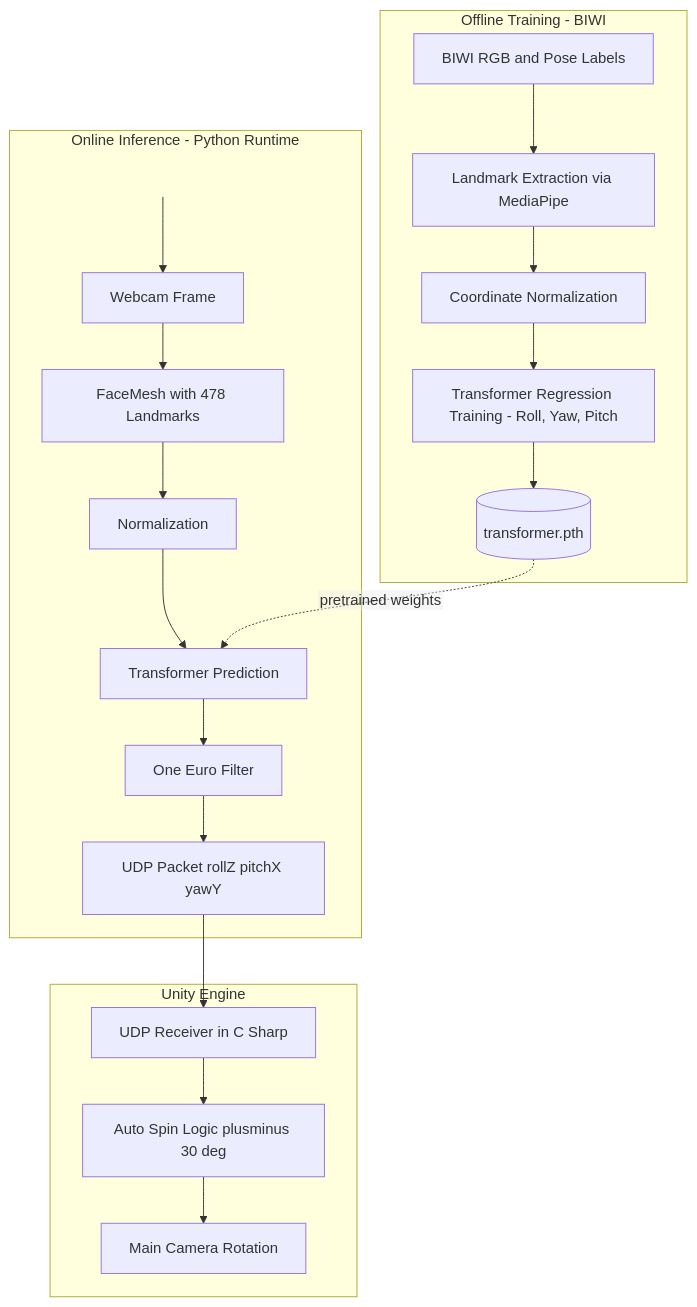
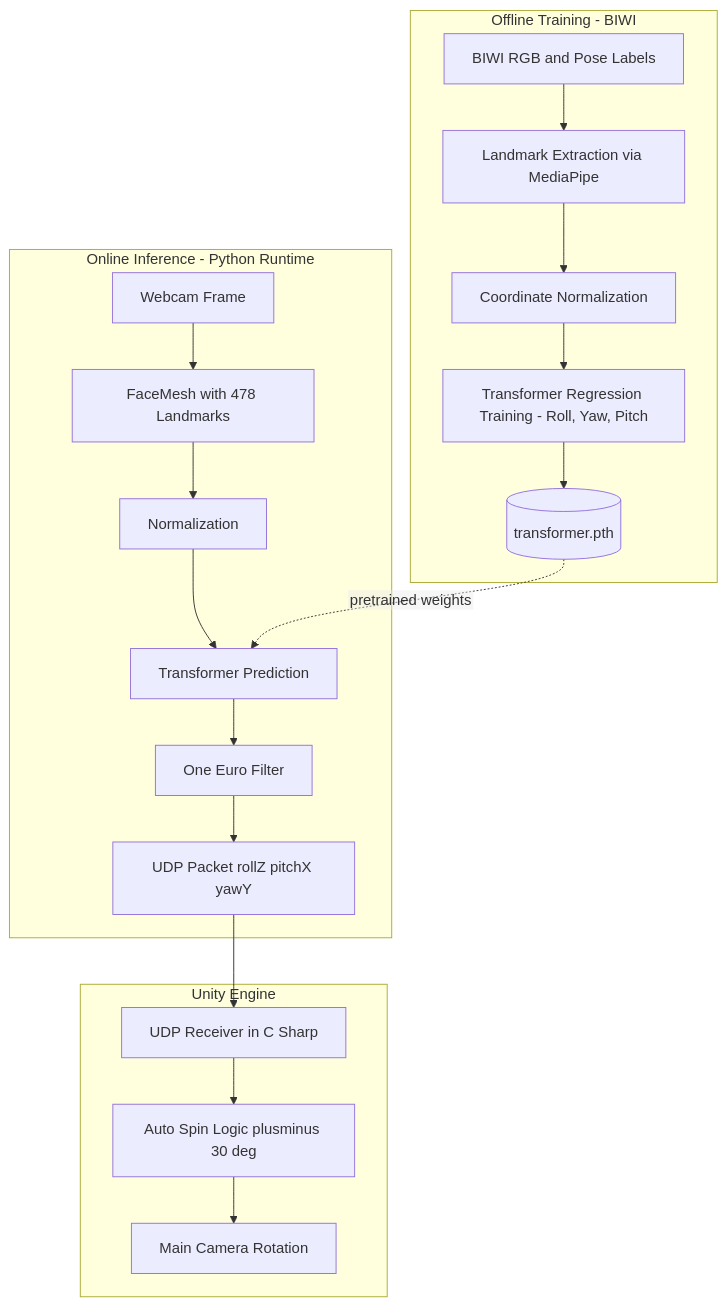
Before and after one commit to seonghwan97/Face-Tracking-Semi-Immersive-VR: the second of 3 diagrams in README.md, drawn with Mermaid. The commit also changed other lines of this file, not shown here.

````diff
--- a/README.md
+++ b/README.md
@@ -177,31 +177,31 @@
 ```mermaid
-%%{init: {'flowchart': {'htmlLabels': false, 'useMaxWidth': false}, 'themeVariables': {'scale': 0.5}}}%%
+%%{init: {'flowchart': {'htmlLabels': false, 'useMaxWidth': false}, 'themeVariables': {'scale': 0.25}}}%%
 flowchart TB
   subgraph TRAIN[Offline Training - BIWI]
     A1[BIWI RGB and Pose Labels] --> A2[Landmark Extraction via MediaPipe]
     A2 --> A3[Coordinate Normalization]
     A3 --> A4[Transformer Regression Training - Roll, Yaw, Pitch]
     A4 --> A5[(transformer.pth)]
   end
 
   %% ---------- Online Inference ----------
   subgraph INFER[Online Inference - Python Runtime]
     I0(( )):::spacer
-    I0 --> B1[Webcam Frame]
+    B1[Webcam Frame]
     B1 --> B2[FaceMesh with 478 Landmarks]
     B2 --> B3[Normalization]
     B3 --> B4[Transformer Prediction]
     B4 --> B5[One Euro Filter]
     B5 --> B6[UDP Packet rollZ pitchX yawY]
   end
 
   subgraph UNITY[Unity Engine]
     C1[UDP Receiver in C Sharp] --> C2[Auto Spin Logic plusminus 30 deg]
     C2 --> C3[Main Camera Rotation]
   end
 
   A5 -. pretrained weights .-> B4
   B6 --> C1
 
   classDef spacer fill:transparent,stroke:transparent,color:transparent;
 ```
````
